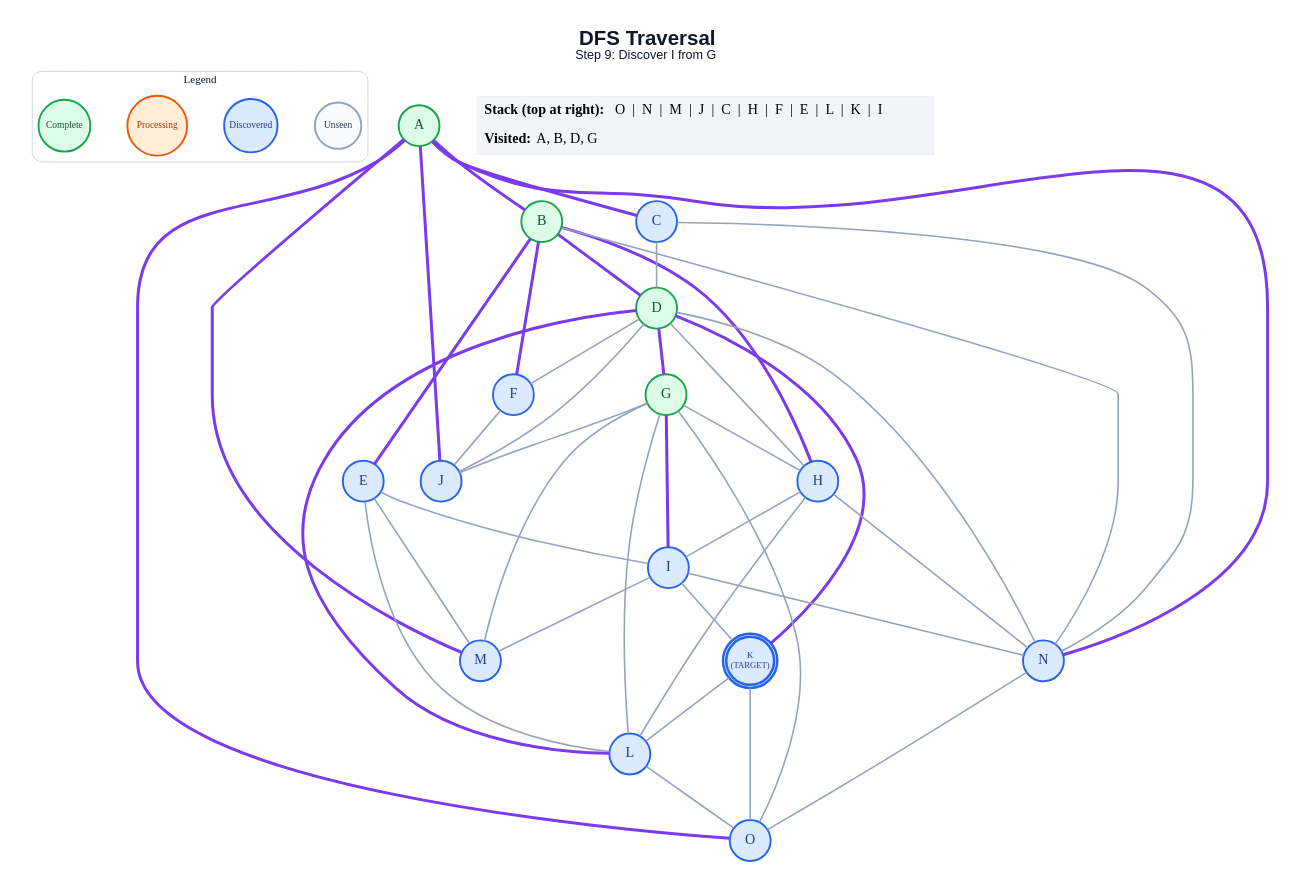
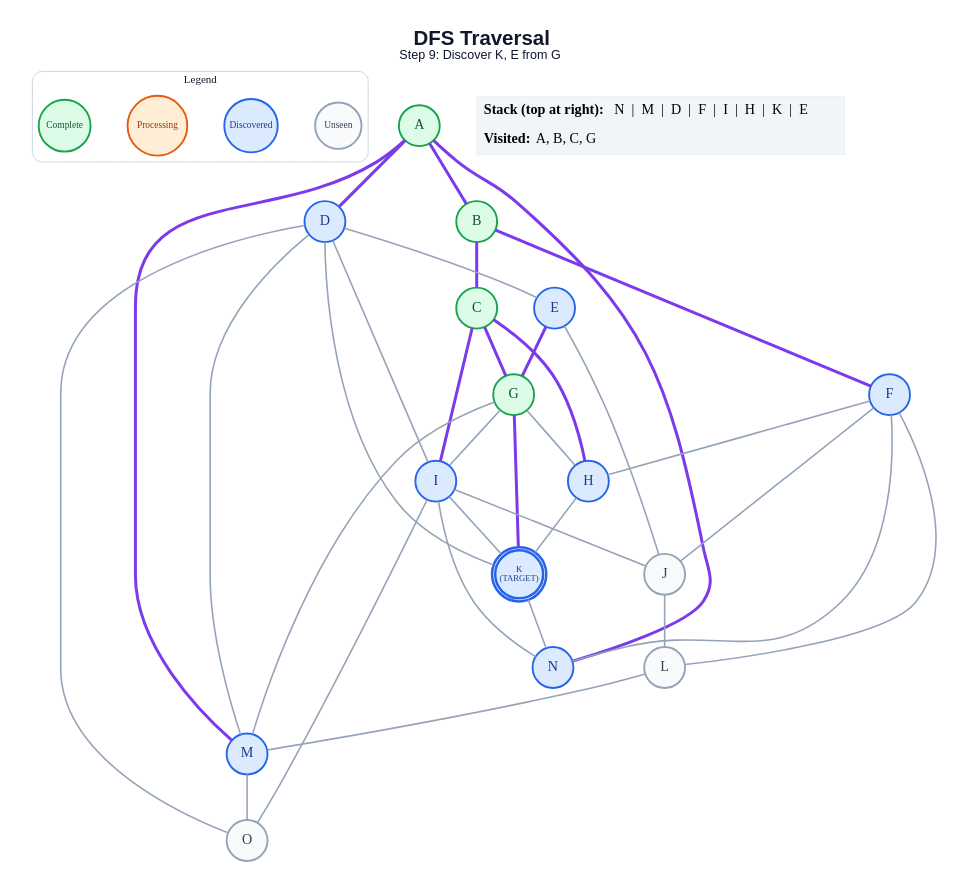
One commit to anon7238593-create/ai-slop changed the diagram in generated/dfs/step_09.dot. Above: the diagram before and after it, drawn with Graphviz. The commit also changed 251 other files, not shown here.

```diff
--- a/generated/dfs/step_09.dot
+++ b/generated/dfs/step_09.dot
@@ -1,74 +1,67 @@
 graph traversal {
   graph [layout=dot, rankdir=TB, bgcolor="#FFFFFF", pad="0.35", nodesep="0.65", ranksep="0.8", fontname="Arial"];
   node [shape=circle, style="filled", fontname="Arial Bold", fontsize=18, width=0.72, fixedsize=true, penwidth=2.4];
   edge [color="#94A3B8", penwidth=2.0];
-  label=<<B>DFS Traversal</B><BR/><FONT POINT-SIZE="16">Step 9: Discover I from G</FONT>>; labelloc="t"; fontsize=26; fontname="Arial"; fontcolor="#0F172A";
+  label=<<B>DFS Traversal</B><BR/><FONT POINT-SIZE="16">Step 9: Discover K, E from G</FONT>>; labelloc="t"; fontsize=26; fontname="Arial"; fontcolor="#0F172A";
   subgraph cluster_legend { label="Legend"; color="#CBD5E1"; penwidth=1.2; style="rounded"; fontsize=14; fontname="Arial Bold";
     key_unseen [label="Unseen", fillcolor="#F8FAFC", color="#94A3B8", fontcolor="#334155", fontsize=12, width=0.82];
     key_frontier [label="Discovered", fillcolor="#DBEAFE", color="#2563EB", fontcolor="#1E3A8A", fontsize=12, width=0.95];
     key_current [label="Processing", fillcolor="#FFEDD5", color="#EA580C", fontcolor="#9A3412", fontsize=12, width=1.05];
     key_done [label="Complete", fillcolor="#DCFCE7", color="#16A34A", fontcolor="#14532D", fontsize=12, width=0.92];
     { rank=same; key_unseen; key_frontier; key_current; key_done; }
   }
   A [label="A", fillcolor="#DCFCE7", color="#16A34A", fontcolor="#14532D", peripheries=1, penwidth=2.4];
   B [label="B", fillcolor="#DCFCE7", color="#16A34A", fontcolor="#14532D", peripheries=1, penwidth=2.4];
-  C [label="C", fillcolor="#DBEAFE", color="#2563EB", fontcolor="#1E3A8A", peripheries=1, penwidth=2.4];
-  D [label="D", fillcolor="#DCFCE7", color="#16A34A", fontcolor="#14532D", peripheries=1, penwidth=2.4];
+  C [label="C", fillcolor="#DCFCE7", color="#16A34A", fontcolor="#14532D", peripheries=1, penwidth=2.4];
+  D [label="D", fillcolor="#DBEAFE", color="#2563EB", fontcolor="#1E3A8A", peripheries=1, penwidth=2.4];
   E [label="E", fillcolor="#DBEAFE", color="#2563EB", fontcolor="#1E3A8A", peripheries=1, penwidth=2.4];
   F [label="F", fillcolor="#DBEAFE", color="#2563EB", fontcolor="#1E3A8A", peripheries=1, penwidth=2.4];
   G [label="G", fillcolor="#DCFCE7", color="#16A34A", fontcolor="#14532D", peripheries=1, penwidth=2.4];
   H [label="H", fillcolor="#DBEAFE", color="#2563EB", fontcolor="#1E3A8A", peripheries=1, penwidth=2.4];
   I [label="I", fillcolor="#DBEAFE", color="#2563EB", fontcolor="#1E3A8A", peripheries=1, penwidth=2.4];
-  J [label="J", fillcolor="#DBEAFE", color="#2563EB", fontcolor="#1E3A8A", peripheries=1, penwidth=2.4];
+  J [label="J", fillcolor="#F8FAFC", color="#94A3B8", fontcolor="#334155", peripheries=1, penwidth=2.4];
   K [label="K\n(TARGET)", fillcolor="#DBEAFE", color="#2563EB", fontcolor="#1E3A8A", peripheries=2, penwidth=3.2, fontsize=11, width=0.85, height=0.85];
-  L [label="L", fillcolor="#DBEAFE", color="#2563EB", fontcolor="#1E3A8A", peripheries=1, penwidth=2.4];
+  L [label="L", fillcolor="#F8FAFC", color="#94A3B8", fontcolor="#334155", peripheries=1, penwidth=2.4];
   M [label="M", fillcolor="#DBEAFE", color="#2563EB", fontcolor="#1E3A8A", peripheries=1, penwidth=2.4];
   N [label="N", fillcolor="#DBEAFE", color="#2563EB", fontcolor="#1E3A8A", peripheries=1, penwidth=2.4];
-  O [label="O", fillcolor="#DBEAFE", color="#2563EB", fontcolor="#1E3A8A", peripheries=1, penwidth=2.4];
+  O [label="O", fillcolor="#F8FAFC", color="#94A3B8", fontcolor="#334155", peripheries=1, penwidth=2.4];
   A -- B [color="#7C3AED", penwidth=3.8];
-  A -- C [color="#7C3AED", penwidth=3.8];
-  A -- J [color="#7C3AED", penwidth=3.8];
+  A -- D [color="#7C3AED", penwidth=3.8];
   A -- M [color="#7C3AED", penwidth=3.8];
   A -- N [color="#7C3AED", penwidth=3.8];
-  A -- O [color="#7C3AED", penwidth=3.8];
-  B -- D [color="#7C3AED", penwidth=3.8];
-  B -- E [color="#7C3AED", penwidth=3.8];
+  B -- C [color="#7C3AED", penwidth=3.8];
   B -- F [color="#7C3AED", penwidth=3.8];
-  B -- H [color="#7C3AED", penwidth=3.8];
-  B -- N;
-  C -- D;
-  C -- N;
-  D -- F;
-  D -- G [color="#7C3AED", penwidth=3.8];
-  D -- H;
-  D -- J;
-  D -- K [color="#7C3AED", penwidth=3.8];
-  D -- L [color="#7C3AED", penwidth=3.8];
-  D -- N;
-  E -- I;
-  E -- L;
-  E -- M;
+  C -- G [color="#7C3AED", penwidth=3.8];
+  C -- H [color="#7C3AED", penwidth=3.8];
+  C -- I [color="#7C3AED", penwidth=3.8];
+  D -- E;
+  D -- I;
+  D -- K;
+  D -- M;
+  D -- O;
+  E -- G [color="#7C3AED", penwidth=3.8];
+  E -- J;
+  F -- H;
   F -- J;
+  F -- L;
+  F -- N;
   G -- H;
-  G -- I [color="#7C3AED", penwidth=3.8];
-  G -- J;
-  G -- L;
+  G -- I;
+  G -- K [color="#7C3AED", penwidth=3.8];
   G -- M;
-  G -- O;
-  H -- I;
-  H -- L;
-  H -- N;
+  H -- K;
+  I -- J;
   I -- K;
-  I -- M;
   I -- N;
-  K -- L;
-  K -- O;
-  L -- O;
-  N -- O;
+  I -- O;
+  J -- L;
+  K -- N;
+  L -- M;
+  M -- O;
   status [shape=plain, fixedsize=false, width=0, height=0, margin=0, label=<
     <TABLE BORDER="0" CELLBORDER="0" CELLPADDING="7" BGCOLOR="#F1F5F9">
-      <TR><TD ALIGN="LEFT"><B>Stack (top at right):</B> O  |  N  |  M  |  J  |  C  |  H  |  F  |  E  |  L  |  K  |  I</TD></TR>
-      <TR><TD ALIGN="LEFT"><B>Visited:</B> A, B, D, G</TD></TR>
+      <TR><TD ALIGN="LEFT"><B>Stack (top at right):</B> N  |  M  |  D  |  F  |  I  |  H  |  K  |  E</TD></TR>
+      <TR><TD ALIGN="LEFT"><B>Visited:</B> A, B, C, G</TD></TR>
     </TABLE>
   >];
 }
```
